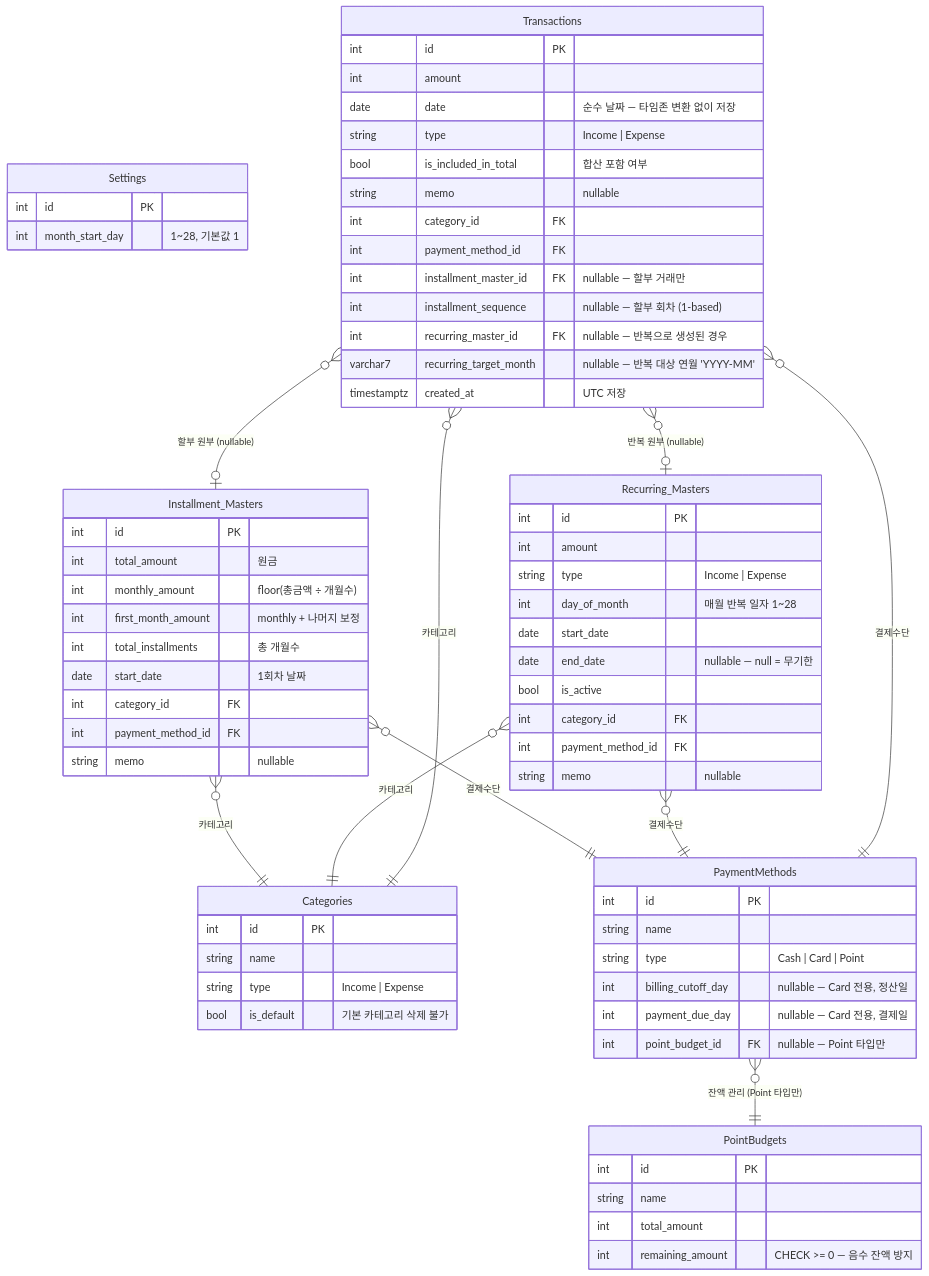
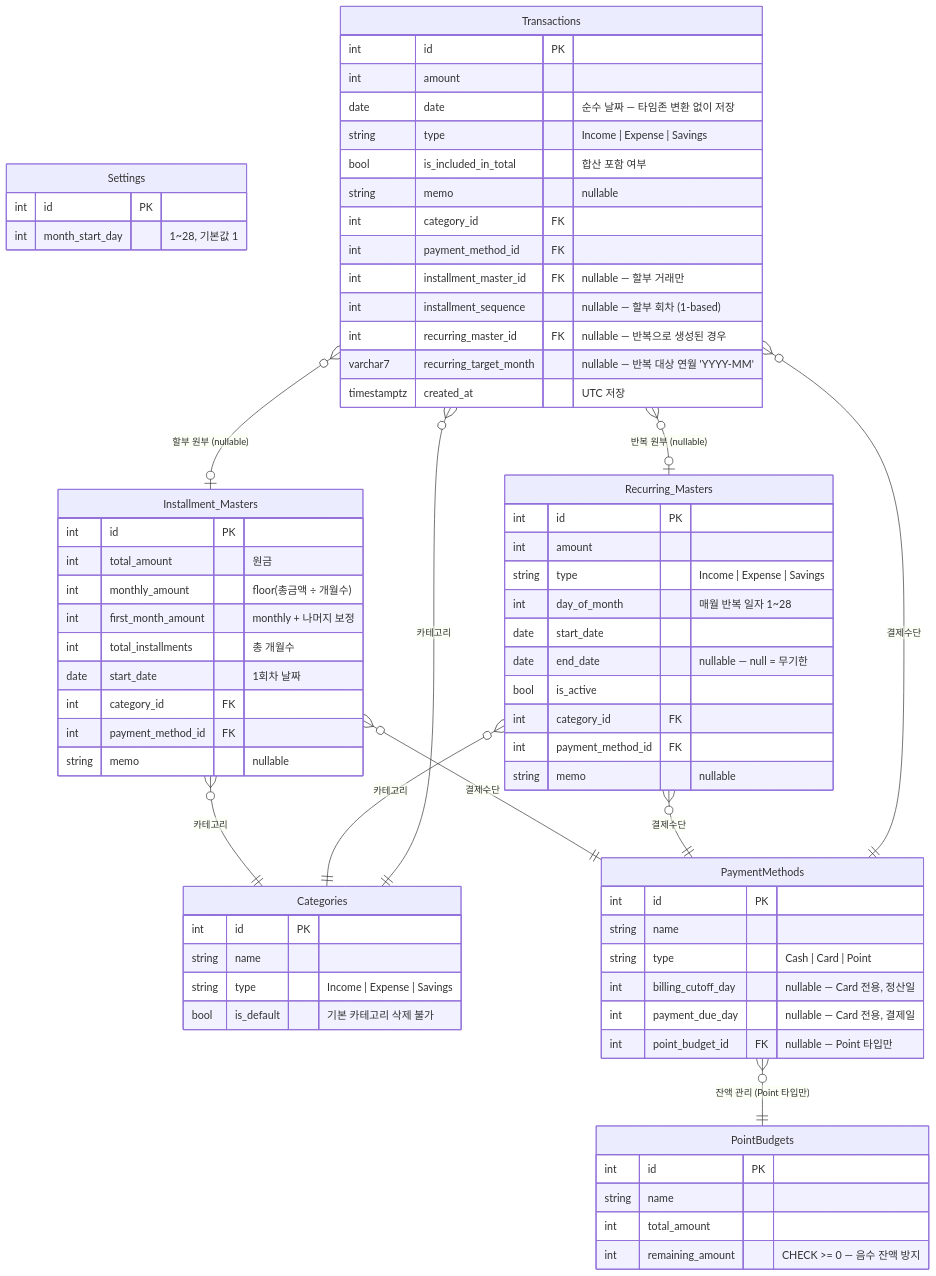
Before and after one commit to Wonjun-ub/claude_account_book: the diagram in docs/PRD.md, drawn with Mermaid. The commit also changed other lines of this file and 1 other file, not shown here.

First line of the commit message:
docs: 반복 거래 관리 화면 설정 탭 제거 확정 — PRD·ROADMAP 업데이트

```diff
--- a/docs/PRD.md
+++ b/docs/PRD.md
@@ -412,7 +537,7 @@
     Categories {
         int     id          PK
         string  name
-        string  type        "Income | Expense"
+        string  type        "Income | Expense | Savings"
         bool    is_default  "기본 카테고리 삭제 불가"
     }
 
@@ -450,7 +575,7 @@
     Recurring_Masters {
         int     id                PK
         int     amount
-        string  type              "Income | Expense"
+        string  type              "Income | Expense | Savings"
         int     day_of_month      "매월 반복 일자 1~28"
         date    start_date
         date    end_date          "nullable — null = 무기한"
@@ -465,7 +590,7 @@
         int         id                       PK
         int         amount
         date        date                     "순수 날짜 — 타임존 변환 없이 저장"
-        string      type                     "Income | Expense"
+        string      type                     "Income | Expense | Savings"
         bool        is_included_in_total     "합산 포함 여부"
         string      memo                     "nullable"
         int         category_id              FK
```
